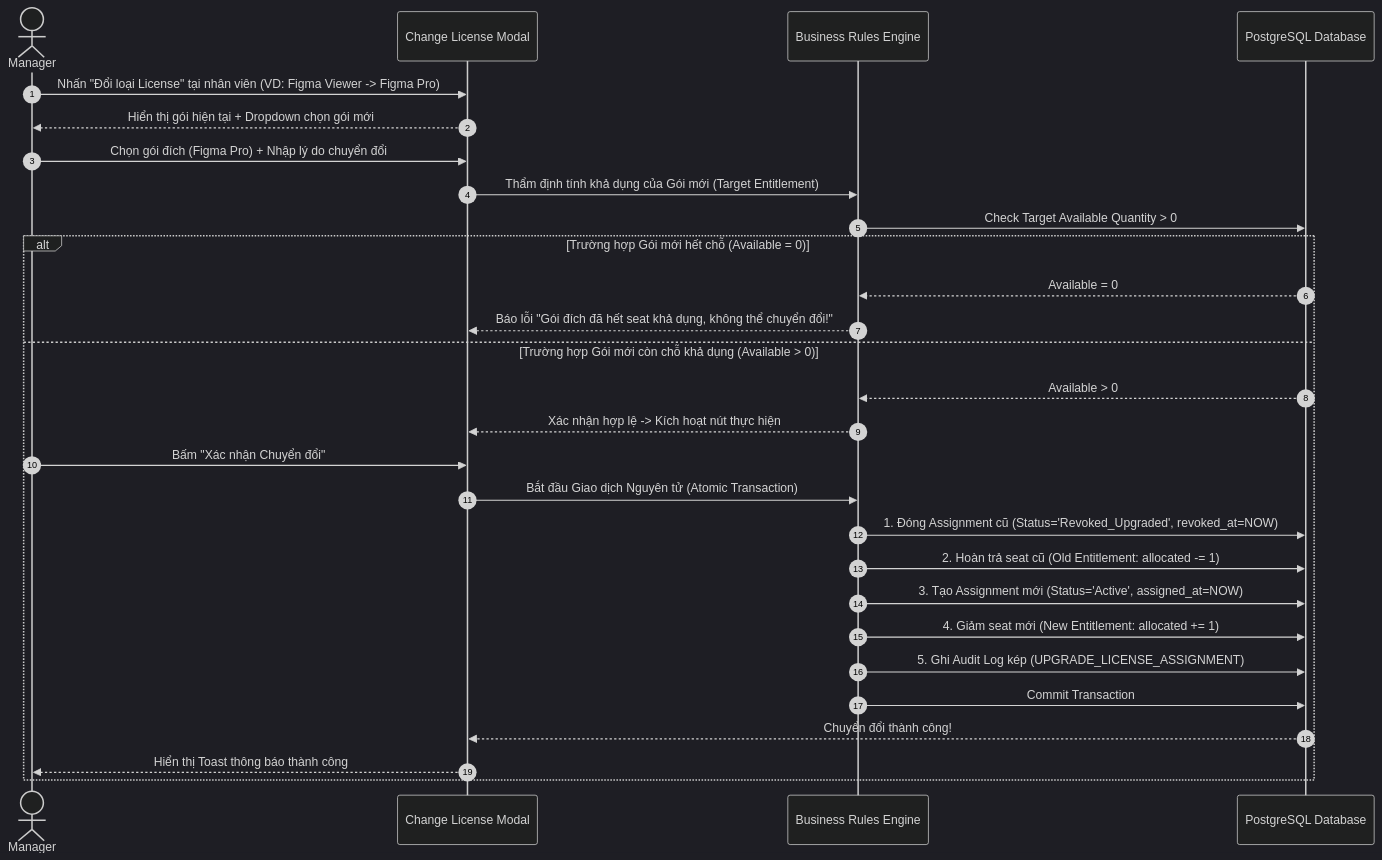
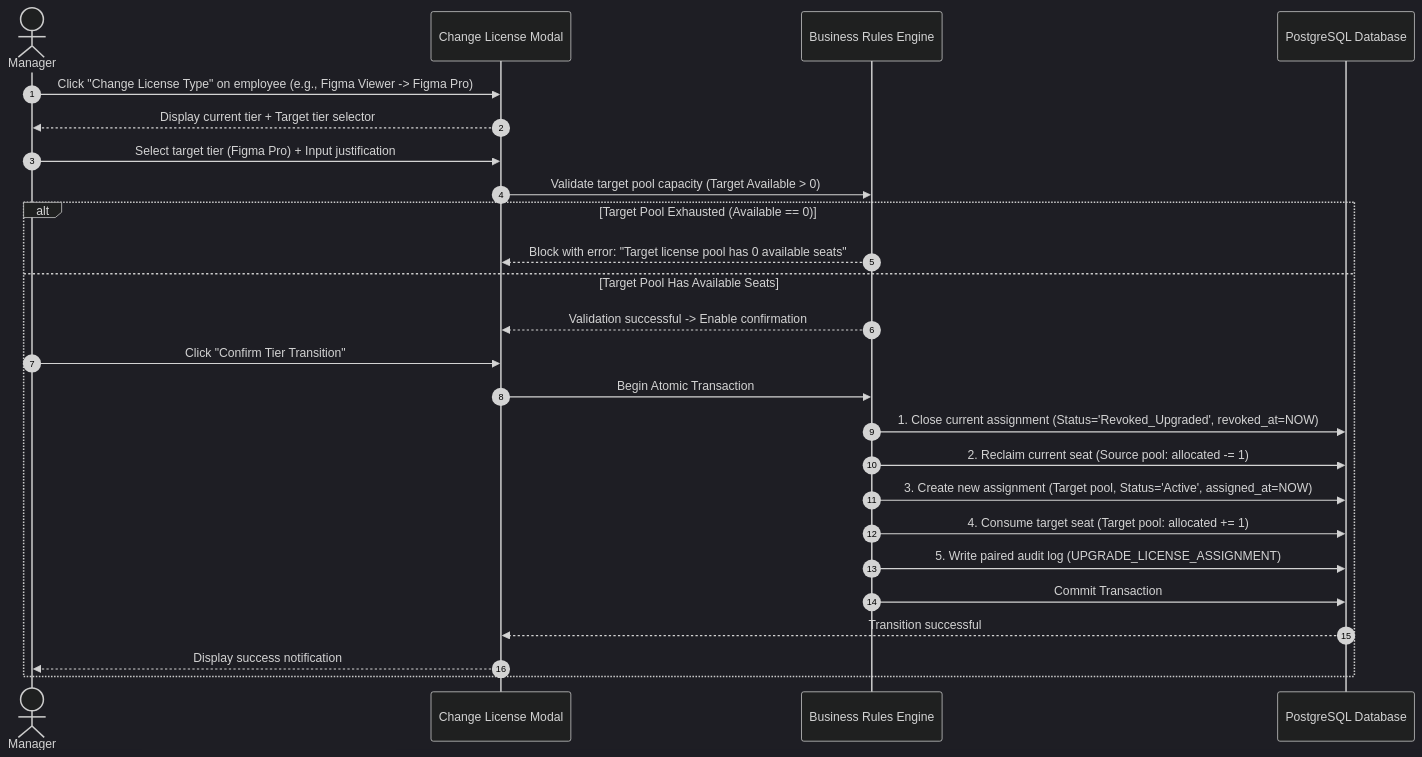
The sixth of 12 diagrams in docs/04-information-architecture-manager.md (cuonglpv/VFast), drawn with Mermaid (dark theme) before and after one commit. The commit also changed other lines of this file, not shown here.

Commit message:
docs: translate manager IA to English and fix Mermaid diagrams in 3.4 and 4.3

````diff
--- a/docs/04-information-architecture-manager.md
+++ b/docs/04-information-architecture-manager.md
@@ -506,33 +397,30 @@
 ```mermaid
 sequenceDiagram
     autonumber
     actor Mgr as Manager
     participant UI as Change License Modal
     participant Engine as Business Rules Engine
     participant DB as PostgreSQL Database
 
-    Mgr->>UI: Nhấn "Đổi loại License" tại nhân viên (VD: Figma Viewer -> Figma Pro)
-    UI-->>Mgr: Hiển thị gói hiện tại + Dropdown chọn gói mới
-    Mgr->>UI: Chọn gói đích (Figma Pro) + Nhập lý do chuyển đổi
+    Mgr->>UI: Click "Change License Type" on employee (e.g., Figma Viewer -> Figma Pro)
+    UI-->>Mgr: Display current tier + Target tier selector
+    Mgr->>UI: Select target tier (Figma Pro) + Input justification
     
-    UI->>Engine: Thẩm định tính khả dụng của Gói mới (Target Entitlement)
-    Engine->>DB: Check Target Available Quantity > 0
-    alt Trường hợp Gói mới hết chỗ (Available = 0)
-        DB-->>Engine: Available = 0
-        Engine-->>UI: Báo lỗi "Gói đích đã hết seat khả dụng, không thể chuyển đổi!"
-    else Trường hợp Gói mới còn chỗ khả dụng (Available > 0)
-        DB-->>Engine: Available > 0
-        Engine-->>UI: Xác nhận hợp lệ -> Kích hoạt nút thực hiện
-        Mgr->>UI: Bấm "Xác nhận Chuyển đổi"
+    UI->>Engine: Validate target pool capacity (Target Available > 0)
+    alt Target Pool Exhausted (Available == 0)
+        Engine-->>UI: Block with error: "Target license pool has 0 available seats"
+    else Target Pool Has Available Seats
+        Engine-->>UI: Validation successful -> Enable confirmation
+        Mgr->>UI: Click "Confirm Tier Transition"
         
-        UI->>Engine: Bắt đầu Giao dịch Nguyên tử (Atomic Transaction)
-        Engine->>DB: 1. Đóng Assignment cũ (Status='Revoked_Upgraded', revoked_at=NOW)
-        Engine->>DB: 2. Hoàn trả seat cũ (Old Entitlement: allocated -= 1)
-        Engine->>DB: 3. Tạo Assignment mới (Status='Active', assigned_at=NOW)
-        Engine->>DB: 4. Giảm seat mới (New Entitlement: allocated += 1)
-        Engine->>DB: 5. Ghi Audit Log kép (UPGRADE_LICENSE_ASSIGNMENT)
+        UI->>Engine: Begin Atomic Transaction
+        Engine->>DB: 1. Close current assignment (Status='Revoked_Upgraded', revoked_at=NOW)
+        Engine->>DB: 2. Reclaim current seat (Source pool: allocated -= 1)
+        Engine->>DB: 3. Create new assignment (Target pool, Status='Active', assigned_at=NOW)
+        Engine->>DB: 4. Consume target seat (Target pool: allocated += 1)
+        Engine->>DB: 5. Write paired audit log (UPGRADE_LICENSE_ASSIGNMENT)
         Engine->>DB: Commit Transaction
-        DB-->>UI: Chuyển đổi thành công!
-        UI-->>Mgr: Hiển thị Toast thông báo thành công
+        DB-->>UI: Transition successful
+        UI-->>Mgr: Display success notification
     end
 ```
````
